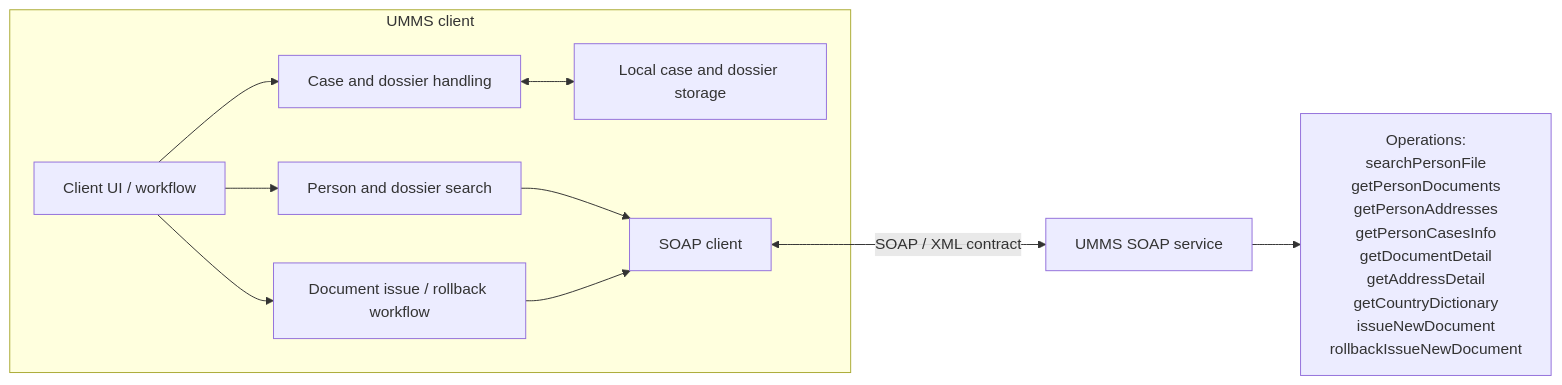
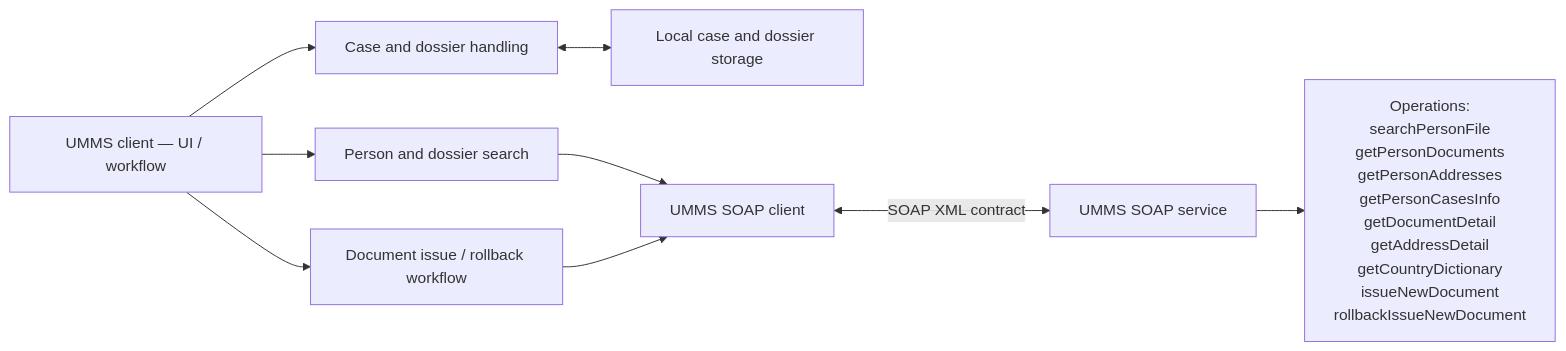
One commit to ekatmoz88-alt/territory-descriptor-unified changed the tenth of 10 diagrams in materials/architecture/README.md. Above: the diagram before and after it, drawn with Mermaid. The commit also changed other lines of this file, not shown here.

````diff
--- a/materials/architecture/README.md
+++ b/materials/architecture/README.md
@@ -289,20 +284,19 @@
 ```mermaid
 flowchart LR
-  subgraph CLIENT["UMMS client"]
-    UI["Client UI / workflow"]
-    SEARCH["Person and dossier search"]
-    CASE["Case and dossier handling"]
-    DOC["Document issue / rollback workflow"]
-    LOCAL["Local case and dossier storage"]
-    SOAPCLIENT["SOAP client"]
-    UI --> SEARCH
-    UI --> CASE
-    UI --> DOC
-    CASE <--> LOCAL
-    SEARCH --> SOAPCLIENT
-    DOC --> SOAPCLIENT
-  end
-  SERVICE["UMMS SOAP service"]
-  SOAPCLIENT <-->|"SOAP / XML contract"| SERVICE
-  SERVICE --> OPS["Operations:<br/>searchPersonFile<br/>getPersonDocuments<br/>getPersonAddresses<br/>getPersonCasesInfo<br/>getDocumentDetail<br/>getAddressDetail<br/>getCountryDictionary<br/>issueNewDocument<br/>rollbackIssueNewDocument"]
+  CLIENT_UI["UMMS client — UI / workflow"]
+  PERSON_SEARCH["Person and dossier search"]
+  CASE_HANDLING["Case and dossier handling"]
+  DOC_WORKFLOW["Document issue / rollback workflow"]
+  LOCAL_STORAGE["Local case and dossier storage"]
+  SOAP_CLIENT["UMMS SOAP client"]
+  UMMS_SERVICE["UMMS SOAP service"]
+  SERVICE_OPERATIONS["Operations:<br/>searchPersonFile<br/>getPersonDocuments<br/>getPersonAddresses<br/>getPersonCasesInfo<br/>getDocumentDetail<br/>getAddressDetail<br/>getCountryDictionary<br/>issueNewDocument<br/>rollbackIssueNewDocument"]
+  CLIENT_UI --> PERSON_SEARCH
+  CLIENT_UI --> CASE_HANDLING
+  CLIENT_UI --> DOC_WORKFLOW
+  CASE_HANDLING <--> LOCAL_STORAGE
+  PERSON_SEARCH --> SOAP_CLIENT
+  DOC_WORKFLOW --> SOAP_CLIENT
+  SOAP_CLIENT <-->|SOAP XML contract| UMMS_SERVICE
+  UMMS_SERVICE --> SERVICE_OPERATIONS
 ```
````
